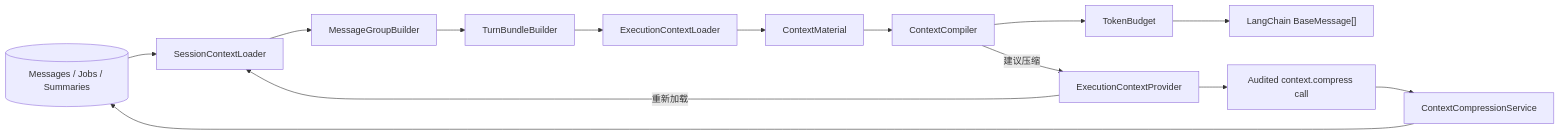
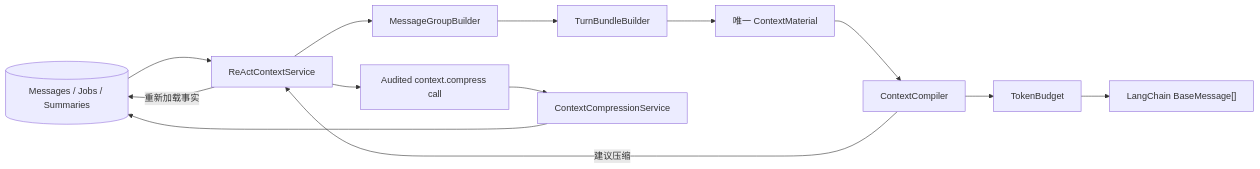
One commit to lucyonegit/agent-runtime-v2 changed the tenth of 13 diagrams in docs/00-current-runtime-full-chain.md. Above: the diagram before and after it, drawn with Mermaid. The commit also changed other lines of this file and 77 other files, not shown here.

```diff
--- a/docs/00-current-runtime-full-chain.md
+++ b/docs/00-current-runtime-full-chain.md
@@ -897,17 +897,16 @@
 ~~~mermaid
 flowchart LR
-    DB[("Messages / Jobs / Summaries")] --> SCL["SessionContextLoader"]
-    SCL --> MGB["MessageGroupBuilder"]
+    DB[("Messages / Jobs / Summaries")] --> RCS["ReActContextService"]
+    RCS --> MGB["MessageGroupBuilder"]
     MGB --> TB["TurnBundleBuilder"]
-    TB --> JCL["ExecutionContextLoader"]
-    JCL --> MAT["ContextMaterial"]
+    TB --> MAT["唯一 ContextMaterial"]
     MAT --> CC["ContextCompiler"]
     CC --> BUD["TokenBudget"]
     BUD --> LC["LangChain BaseMessage[]"]
 
-    CC -->|"建议压缩"| CP["ExecutionContextProvider"]
-    CP --> CM["Audited context.compress call"]
+    CC -->|"建议压缩"| RCS
+    RCS --> CM["Audited context.compress call"]
     CM --> SCS["ContextCompressionService"]
     SCS --> DB
-    CP -->|"重新加载"| SCL
+    RCS -->|"重新加载事实"| DB
 ~~~
```
